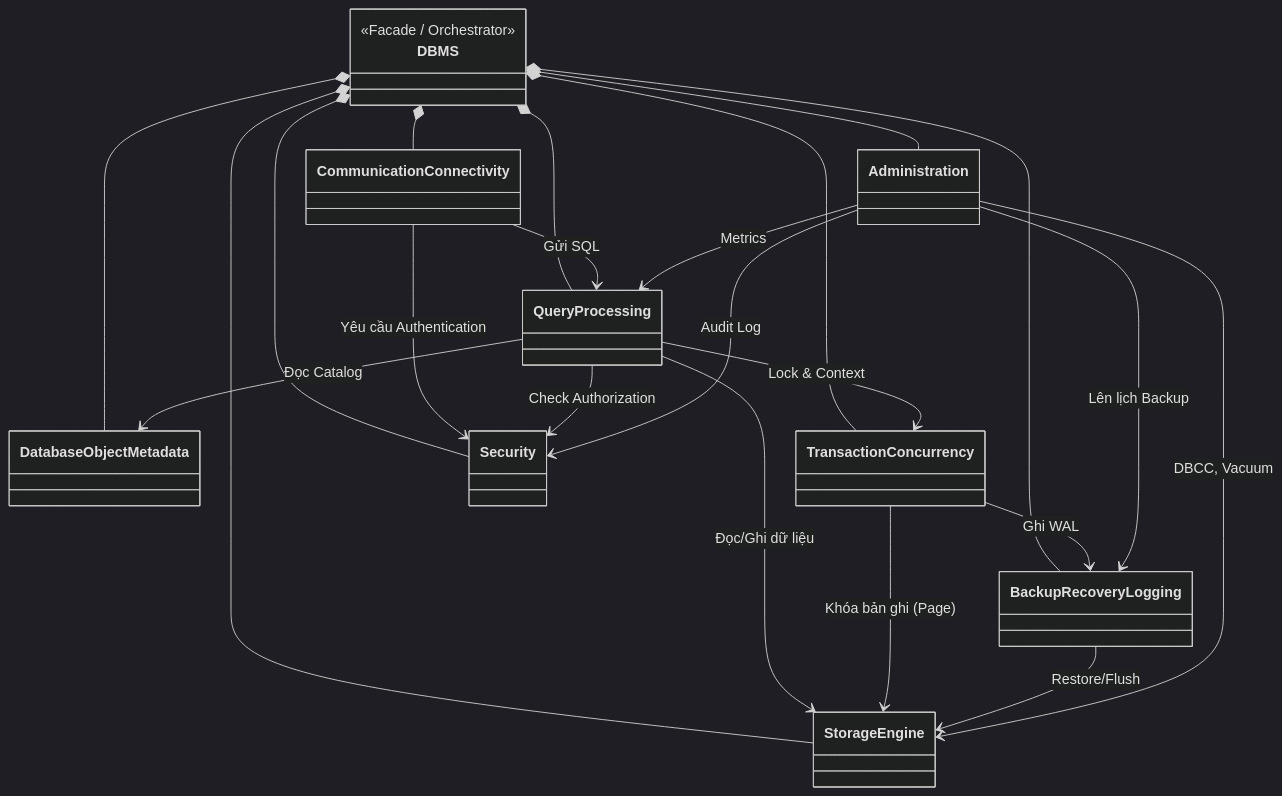
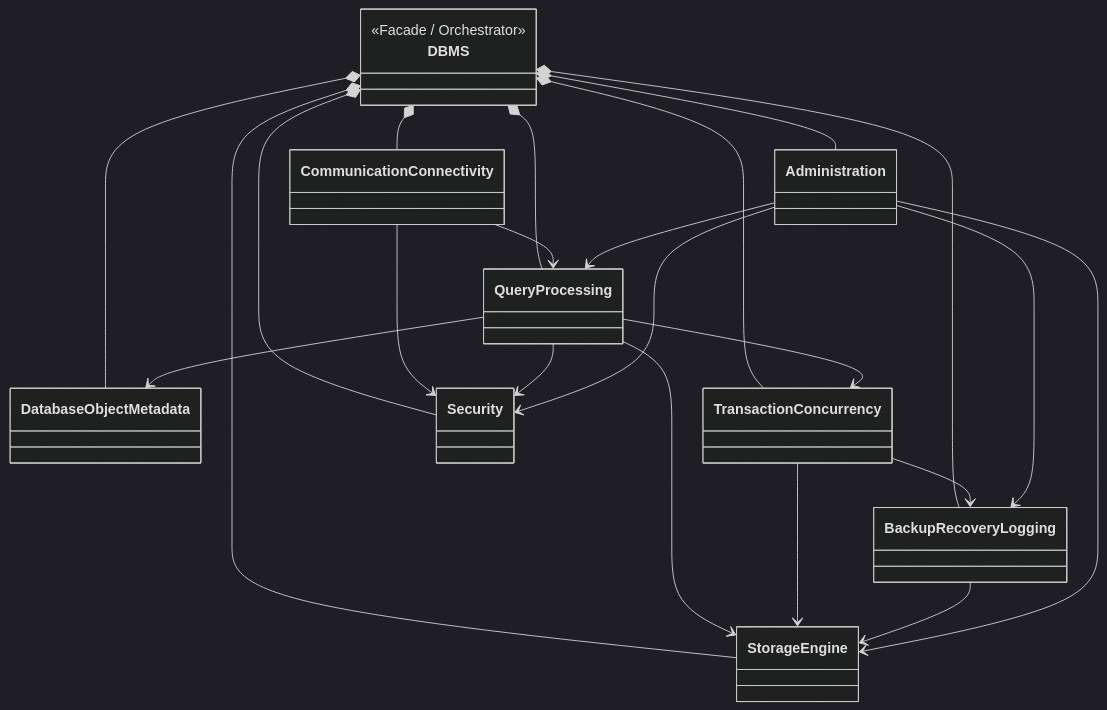
The second of 2 diagrams in README.md (Ricky13170/DBMS_bbv), drawn with Mermaid (dark theme) before and after one commit. The commit also changed other lines of this file, not shown here.

````diff
--- a/README.md
+++ b/README.md
@@ -24,32 +24,32 @@
 ```mermaid
 classDiagram
     direction TB
     
     class DBMS {
         <<Facade / Orchestrator>>
     }
 
     DBMS *-- CommunicationConnectivity
     DBMS *-- QueryProcessing
     DBMS *-- DatabaseObjectMetadata
     DBMS *-- StorageEngine
     DBMS *-- TransactionConcurrency
     DBMS *-- Security
     DBMS *-- Administration
     DBMS *-- BackupRecoveryLogging
     
     %% Thiết lập sự phụ thuộc (Dependencies)
-    CommunicationConnectivity --> QueryProcessing : Gửi SQL
-    CommunicationConnectivity --> Security : Yêu cầu Authentication
-    QueryProcessing --> DatabaseObjectMetadata : Đọc Catalog
-    QueryProcessing --> StorageEngine : Đọc/Ghi dữ liệu
-    QueryProcessing --> TransactionConcurrency : Lock & Context
-    QueryProcessing --> Security : Check Authorization
-    TransactionConcurrency --> StorageEngine : Khóa bản ghi (Page)
-    TransactionConcurrency --> BackupRecoveryLogging : Ghi WAL
-    BackupRecoveryLogging --> StorageEngine : Restore/Flush
-    Administration --> Security : Audit Log
-    Administration --> BackupRecoveryLogging : Lên lịch Backup
-    Administration --> QueryProcessing : Metrics
-    Administration --> StorageEngine : DBCC, Vacuum
+    CommunicationConnectivity --> QueryProcessing
+    CommunicationConnectivity --> Security
+    QueryProcessing --> DatabaseObjectMetadata
+    QueryProcessing --> StorageEngine
+    QueryProcessing --> TransactionConcurrency
+    QueryProcessing --> Security
+    TransactionConcurrency --> StorageEngine
+    TransactionConcurrency --> BackupRecoveryLogging
+    BackupRecoveryLogging --> StorageEngine
+    Administration --> Security
+    Administration --> BackupRecoveryLogging
+    Administration --> QueryProcessing
+    Administration --> StorageEngine
 ```
````
